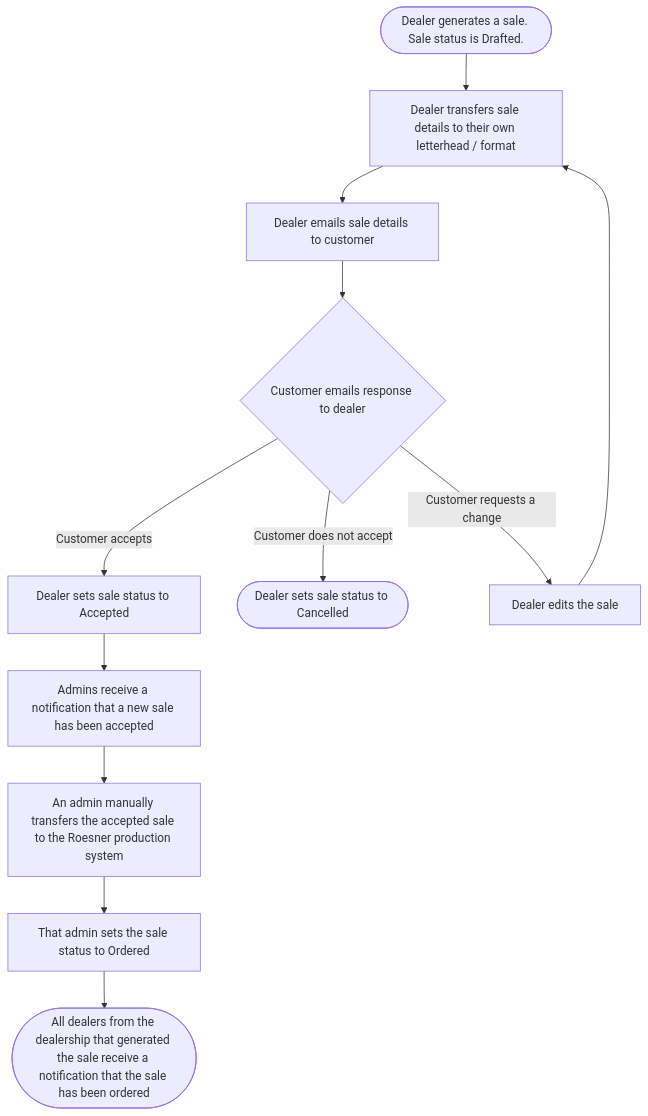
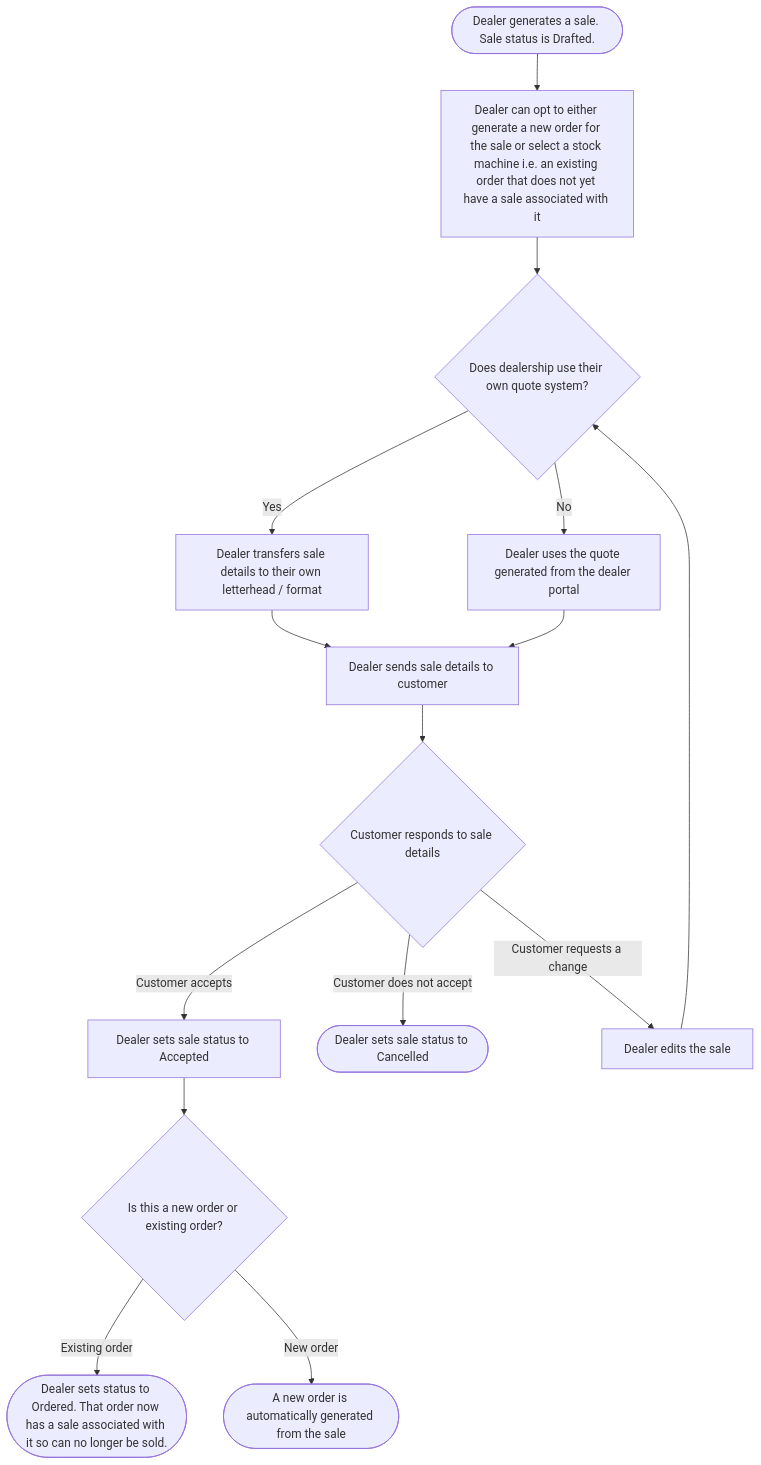
Before and after one commit to MarshallMultispreadDaniel/Dealer-Portal-Spec: the second of 3 diagrams in DealerPortalSpec.md, drawn with Mermaid. The commit also changed other lines of this file, not shown here.

````diff
--- a/DealerPortalSpec.md
+++ b/DealerPortalSpec.md
@@ -392,14 +394,17 @@
 ```mermaid
 flowchart TD
-    A([Dealer generates a sale. Sale status is Drafted.]) --> B[Dealer transfers sale details to their own letterhead / format]
-    B --> C[Dealer emails sale details to customer]
-    C --> K{Customer emails response to dealer}
+    A([Dealer generates a sale. Sale status is Drafted.]) --> N[Dealer can opt to either generate a new order for the sale or select a stock machine i.e. an existing order that does not yet have a sale associated with it]
+    N --> L{Does dealership use their own quote system?}
+    L -->|Yes| B[Dealer transfers sale details to their own letterhead / format]
+    L -->|No| M[Dealer uses the quote generated from the dealer portal]
+    B --> C[Dealer sends sale details to customer]
+    M --> C
+    C --> K{Customer responds to sale details}
     K -->|Customer accepts| D[Dealer sets sale status to Accepted]
     K -->|Customer does not accept| E([Dealer sets sale status to Cancelled])
     K -->|Customer requests a change| H[Dealer edits the sale]
-    H --> B
-    D --> F[Admins receive a notification that a new sale has been accepted]
-    F --> G[An admin manually transfers the accepted sale to the Roesner production system]
-    G --> I[That admin sets the sale status to Ordered]
-    I --> J([All dealers from the dealership that generated the sale receive a notification that the sale has been ordered])
+    H --> L
+    D --> F{Is this a new order or existing order?}
+    F -->|Existing order| O([Dealer sets status to Ordered. That order now has a sale associated with it so can no longer be sold.])
+    F -->|New order| G([A new order is automatically generated from the sale])
 ```
````
